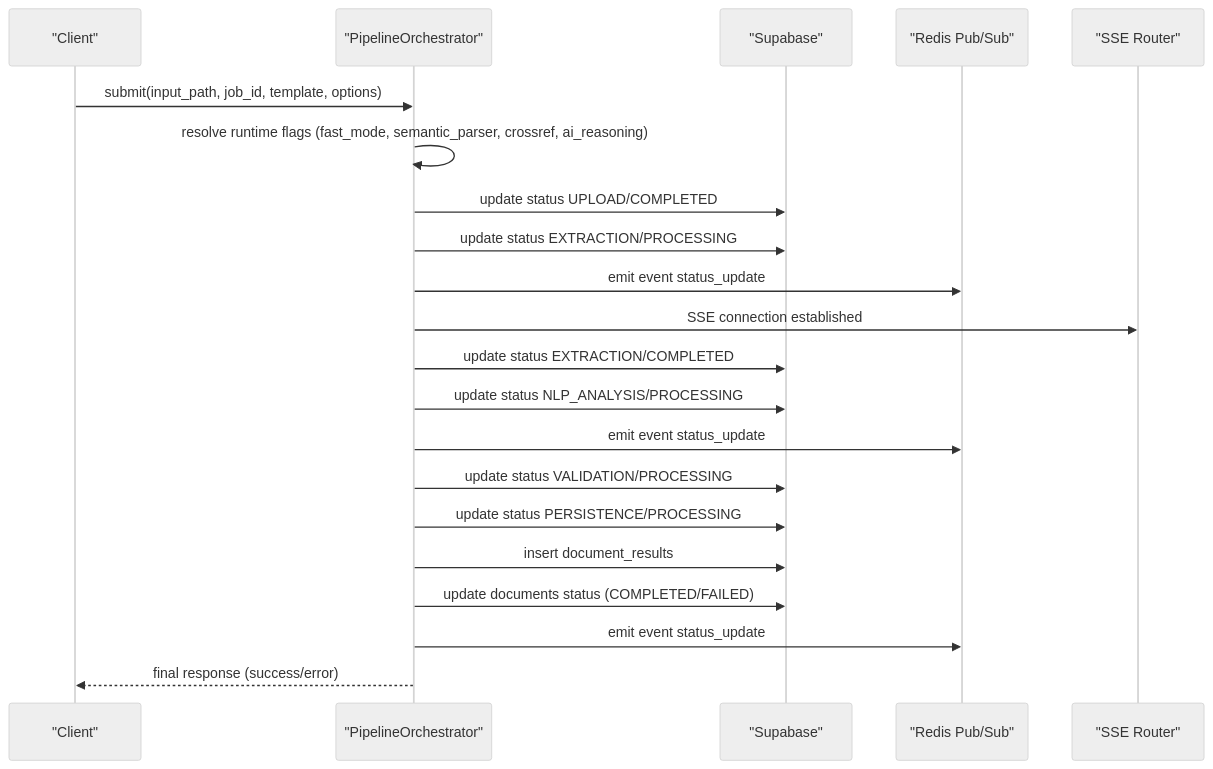
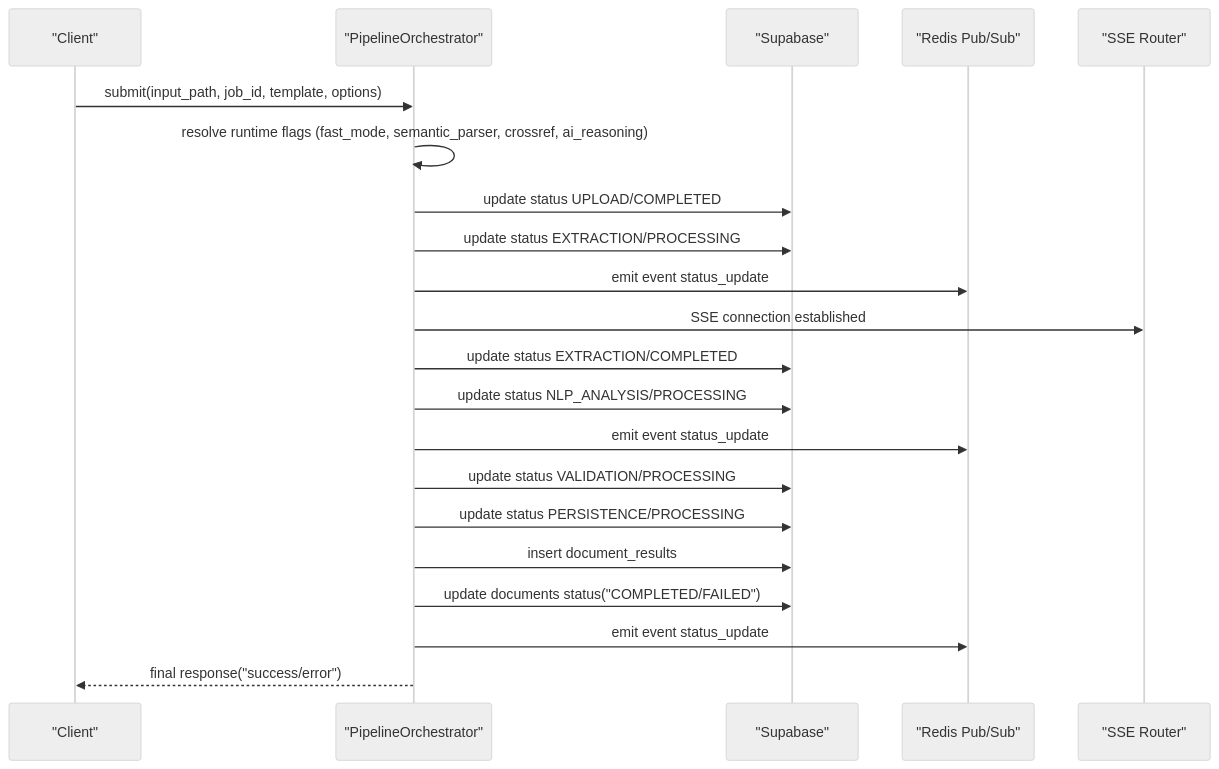
One commit to rohitkumarnaidu/ScholarFormAI changed the second of 3 diagrams in docs/docs/knowledge/Pipeline Processing/Pipeline Orchestrator.md. Above: the diagram before and after it, drawn with Mermaid (neutral theme). The commit also changed 73 other files, not shown here.

First line of the commit message:
docs: enterprise-level markdown upgrade with Mermaid diagrams

````diff
--- a/docs/docs/knowledge/Pipeline Processing/Pipeline Orchestrator.md
+++ b/docs/docs/knowledge/Pipeline Processing/Pipeline Orchestrator.md
@@ -113,23 +113,23 @@
 ```mermaid
 sequenceDiagram
 participant Client as "Client"
 participant Orchestrator as "PipelineOrchestrator"
 participant Supabase as "Supabase"
 participant Redis as "Redis Pub/Sub"
 participant SSE as "SSE Router"
 Client->>Orchestrator : submit(input_path, job_id, template, options)
 Orchestrator->>Orchestrator : resolve runtime flags (fast_mode, semantic_parser, crossref, ai_reasoning)
 Orchestrator->>Supabase : update status UPLOAD/COMPLETED
 Orchestrator->>Supabase : update status EXTRACTION/PROCESSING
 Orchestrator->>Redis : emit event status_update
 Orchestrator->>SSE : SSE connection established
 Orchestrator->>Supabase : update status EXTRACTION/COMPLETED
 Orchestrator->>Supabase : update status NLP_ANALYSIS/PROCESSING
 Orchestrator->>Redis : emit event status_update
 Orchestrator->>Supabase : update status VALIDATION/PROCESSING
 Orchestrator->>Supabase : update status PERSISTENCE/PROCESSING
 Orchestrator->>Supabase : insert document_results
-Orchestrator->>Supabase : update documents status (COMPLETED/FAILED)
+Orchestrator->>Supabase : update documents status("COMPLETED/FAILED")
 Orchestrator->>Redis : emit event status_update
-Orchestrator-->>Client : final response (success/error)
+Orchestrator-->>Client : final response("success/error")
 ```
````
